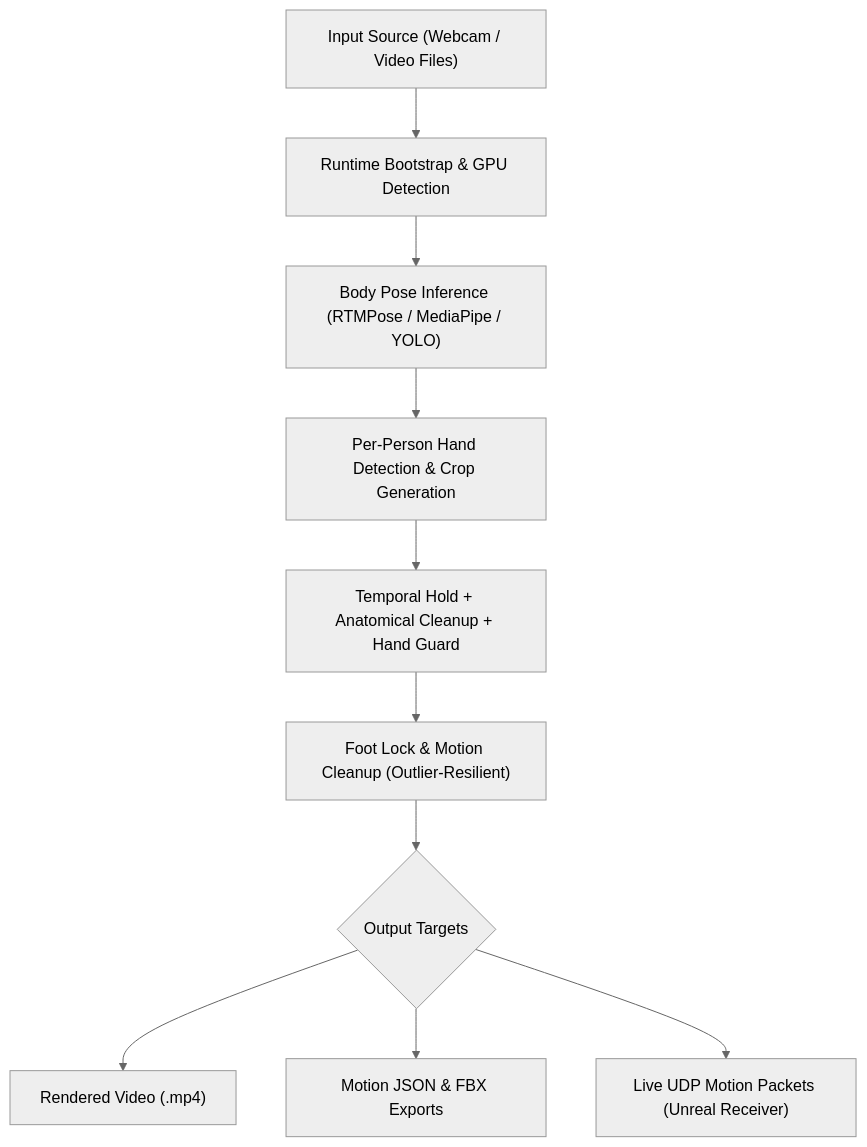
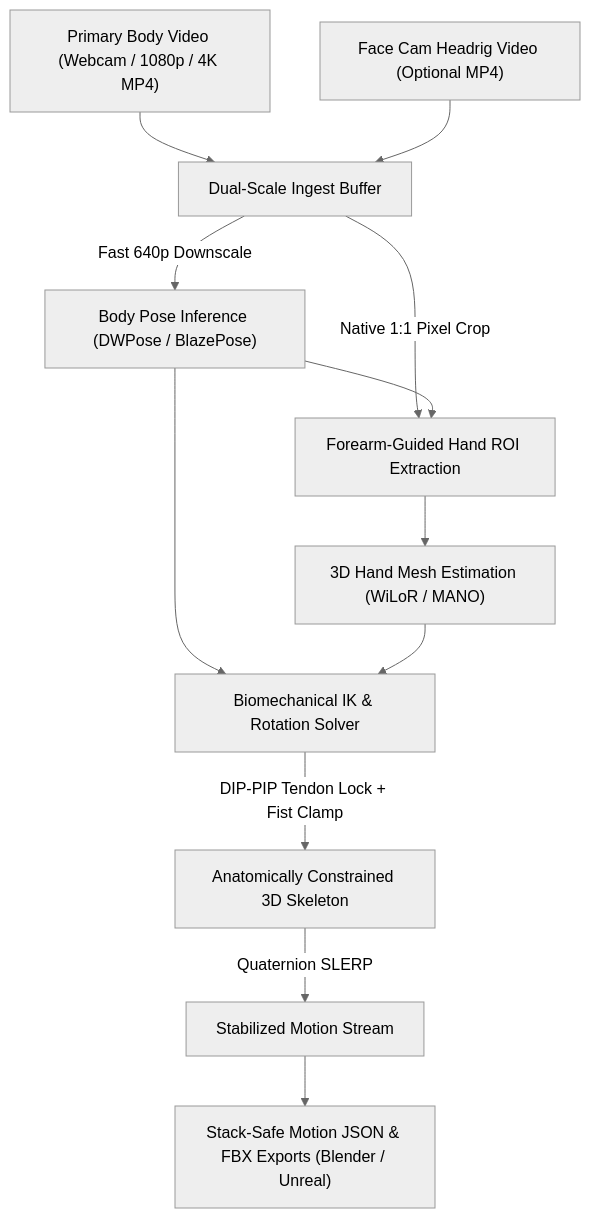
One commit to HrithvikM23/Kinara changed the diagram in README.md. Above: the diagram before and after it, drawn with Mermaid (neutral theme). The commit also changed other lines of this file and 100 other files, not shown here.

````diff
--- a/README.md
+++ b/README.md
@@ -84,12 +49,13 @@
 ```mermaid
 flowchart TD
-    A["Input Source (Webcam / Video Files)"] --> B["Runtime Bootstrap & GPU Detection"]
-    B --> C["Body Pose Inference (RTMPose / MediaPipe / YOLO)"]
-    C --> D["Per-Person Hand Detection & Crop Generation"]
-    D --> E["Temporal Hold + Anatomical Cleanup + Hand Guard"]
-    E --> F["Foot Lock & Motion Cleanup (Outlier-Resilient)"]
-    F --> G{"Output Targets"}
-    G --> H["Rendered Video (.mp4)"]
-    G --> I["Motion JSON & FBX Exports"]
-    G --> J["Live UDP Motion Packets (Unreal Receiver)"]
+    A1["Primary Body Video (Webcam / 1080p / 4K MP4)"] --> B["Dual-Scale Ingest Buffer"]
+    A2["Face Cam Headrig Video (Optional MP4)"] --> B
+    B -->|Fast 640p Downscale| C["Body Pose Inference (DWPose / BlazePose)"]
+    B -->|Native 1:1 Pixel Crop| D["Forearm-Guided Hand ROI Extraction"]
+    C --> D
+    D --> E["3D Hand Mesh Estimation (WiLoR / MANO)"]
+    C & E --> F["Biomechanical IK & Rotation Solver"]
+    F -->|DIP-PIP Tendon Lock + Fist Clamp| G["Anatomically Constrained 3D Skeleton"]
+    G -->|Quaternion SLERP| H["Stabilized Motion Stream"]
+    H --> I["Stack-Safe Motion JSON & FBX Exports (Blender / Unreal)"]
 ```
````
